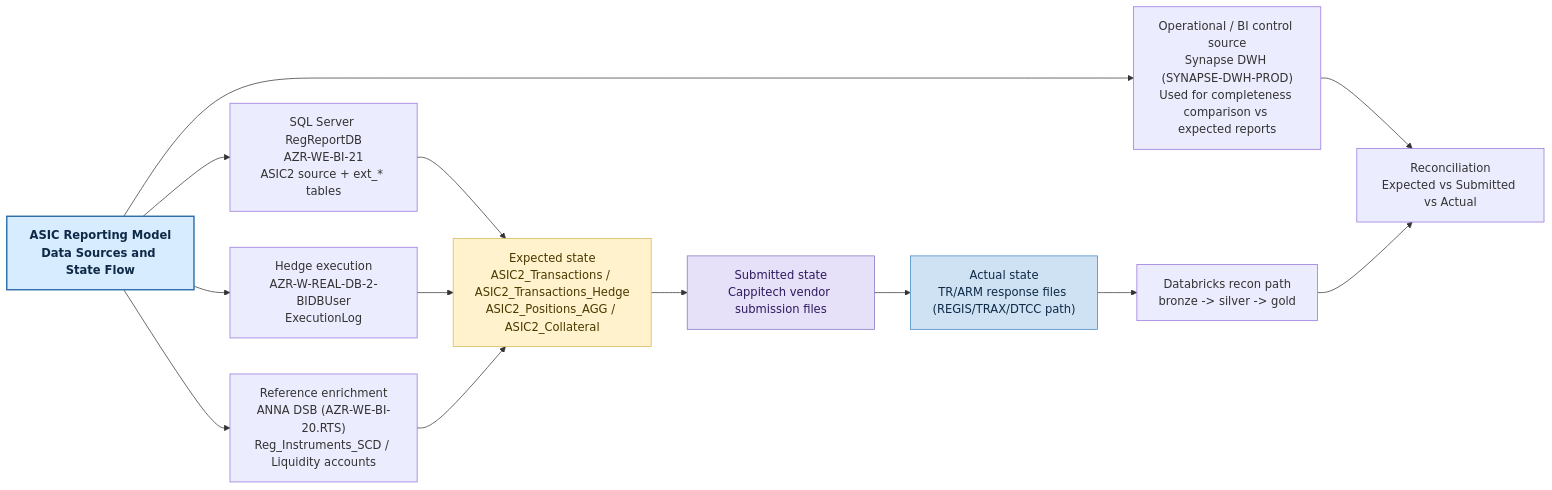
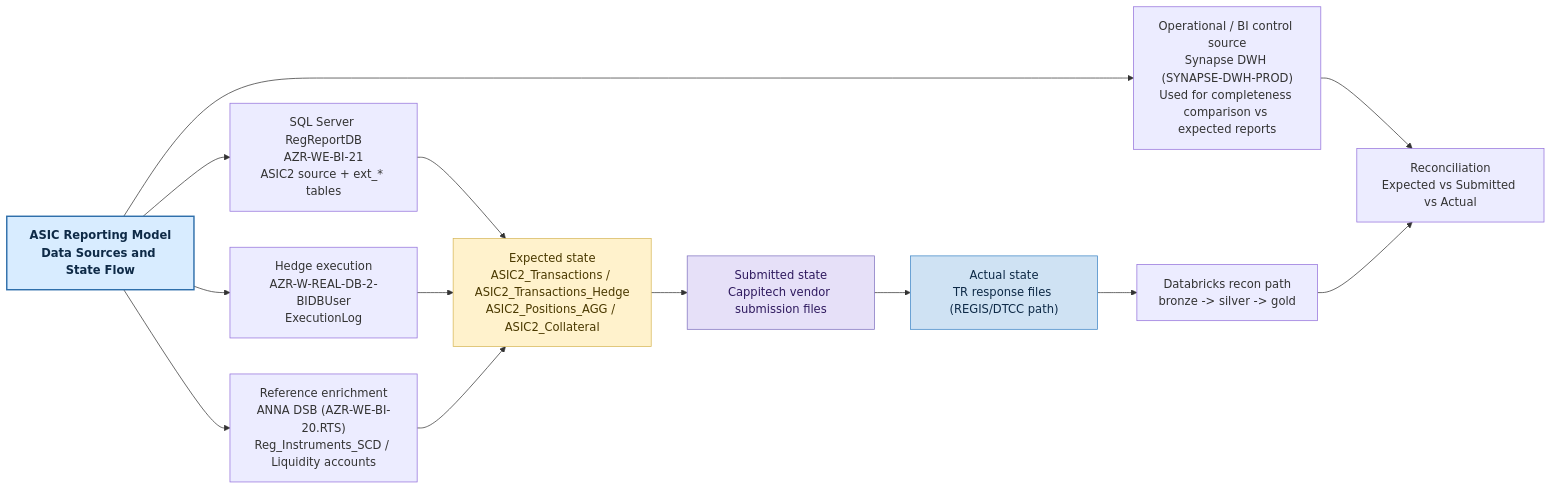
One commit to valentinosko-hub/RegTech changed the diagram in regtech-automation-project/diagrams/reporting-model-asic-data-sources.md. Above: the diagram before and after it, drawn with Mermaid. The commit also changed 14 other files, not shown here.

Commit message:
Clarify MiFID ARM vs EMIR/ASIC TR taxonomy across diagrams

````diff
--- a/regtech-automation-project/diagrams/reporting-model-asic-data-sources.md
+++ b/regtech-automation-project/diagrams/reporting-model-asic-data-sources.md
@@ -3,35 +3,35 @@
 ```mermaid
 flowchart LR
   TITLE["ASIC Reporting Model<br/>Data Sources and State Flow"]
   SRC1["Operational / BI control source<br/>Synapse DWH (SYNAPSE-DWH-PROD)<br/>Used for completeness comparison vs expected reports"]
   SRC2["SQL Server RegReportDB<br/>AZR-WE-BI-21<br/>ASIC2 source + ext_* tables"]
   SRC3["Hedge execution<br/>AZR-W-REAL-DB-2-BIDBUser<br/>ExecutionLog"]
   SRC4["Reference enrichment<br/>ANNA DSB (AZR-WE-BI-20.RTS)<br/>Reg_Instruments_SCD / Liquidity accounts"]
 
   EXP["Expected state<br/>ASIC2_Transactions / ASIC2_Transactions_Hedge<br/>ASIC2_Positions_AGG / ASIC2_Collateral"]
   SUB["Submitted state<br/>Cappitech vendor submission files"]
-  ACT["Actual state<br/>TR/ARM response files (REGIS/TRAX/DTCC path)"]
+  ACT["Actual state<br/>TR response files (REGIS/DTCC path)"]
   DBX["Databricks recon path<br/>bronze -> silver -> gold"]
   REC["Reconciliation<br/>Expected vs Submitted vs Actual"]
 
   TITLE --> SRC1
   TITLE --> SRC2
   TITLE --> SRC3
   TITLE --> SRC4
 
   SRC1 --> REC
   SRC2 --> EXP
   SRC3 --> EXP
   SRC4 --> EXP
   EXP --> SUB --> ACT --> DBX --> REC
 
   classDef title fill:#d8ecff,stroke:#2f6fab,stroke-width:2px,color:#0e2a47,font-weight:bold;
   classDef expected fill:#fff2cc,stroke:#d6b656,color:#4a3900;
   classDef submitted fill:#e6e0f8,stroke:#7f70bf,color:#2f1a5f;
   classDef actual fill:#cfe2f3,stroke:#3d85c6,color:#0e2a47;
 
   class TITLE title;
   class EXP expected;
   class SUB submitted;
   class ACT actual;
 ```
````
